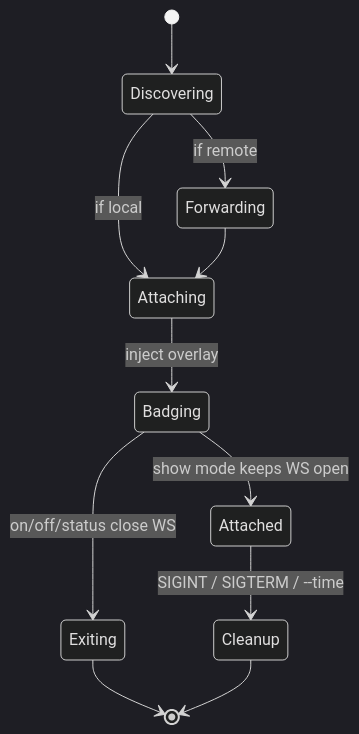
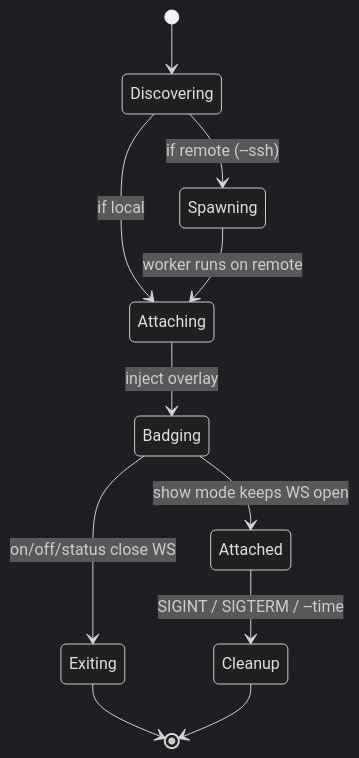
One commit to lamnguyenx/vscode-cdp-automator changed the fourth of 4 diagrams in docs/important/window-identification-and-launch-badge.md. Above: the diagram before and after it, drawn with Mermaid. The commit also changed other lines of this file and 3 other files, not shown here.

First line of the commit message:
Replace SSH port forwarding with on-remote worker execution

````diff
--- a/docs/important/window-identification-and-launch-badge.md
+++ b/docs/important/window-identification-and-launch-badge.md
@@ -186,14 +201,14 @@
 ```mermaid
 stateDiagram-v2
     %%{init: {'theme': 'dark'}}%%
     [*] --> Discovering
-    Discovering --> Forwarding: if remote
     Discovering --> Attaching: if local
-    Forwarding --> Attaching
+    Discovering --> Spawning: if remote (--ssh)
+    Spawning --> Attaching: worker runs on remote
     Attaching --> Badging: inject overlay
     Badging --> Attached: show mode keeps WS open
     Badging --> Exiting: on/off/status close WS
     Attached --> Cleanup: SIGINT / SIGTERM / --time
     Exiting --> [*]
     Cleanup --> [*]
 ```
````
